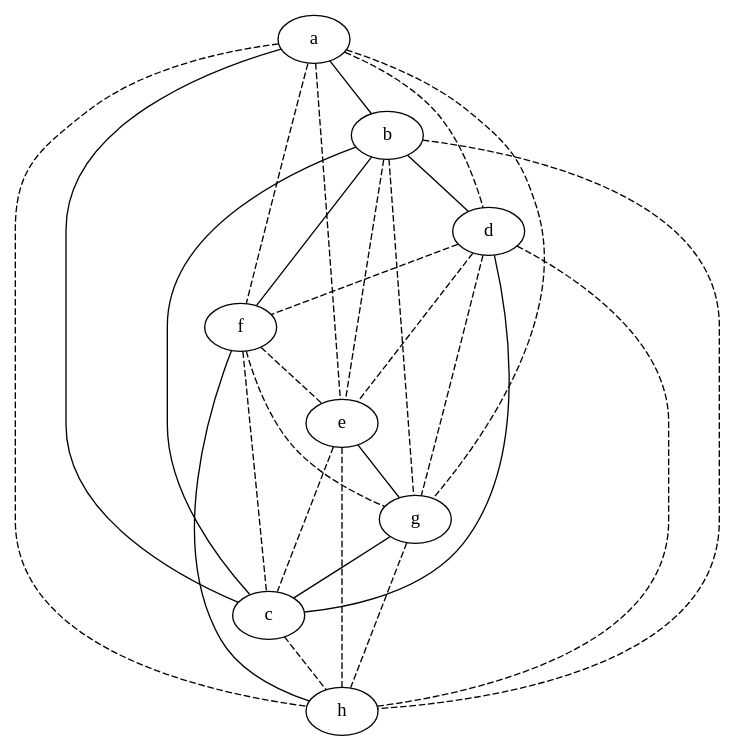
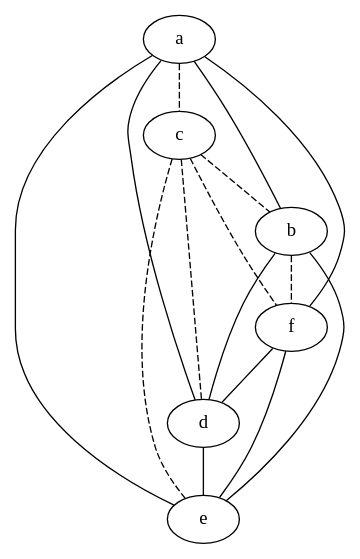
Before and after one commit to lrodrin/TFG: the diagram in src/final/plainGraph.dot, drawn with Graphviz. The commit also changed 9 other files, not shown here.

Commit message:
en la inicialització dels grafs s'ha colocat una condició per  acontrolar els nodes repetits, funció addNodes de Graph.py.

```diff
--- a/src/final/plainGraph.dot
+++ b/src/final/plainGraph.dot
@@ -1,38 +1,23 @@
 strict graph "" {
 a;
+c;
 b;
+f;
 d;
-f;
 e;
-g;
-c;
-h;
+a -- c  [color=black, style=dashed];
 a -- b  [color=black, style=solid];
-a -- d  [color=black, style=dashed];
-a -- f  [color=black, style=dashed];
-a -- e  [color=black, style=dashed];
-a -- g  [color=black, style=dashed];
-a -- c  [color=black, style=solid];
-a -- h  [color=black, style=dashed];
+a -- f  [color=black, style=solid];
+a -- d  [color=black, style=solid];
+a -- e  [color=black, style=solid];
+c -- b  [color=black, style=dashed];
+c -- f  [color=black, style=dashed];
+c -- d  [color=black, style=dashed];
+c -- e  [color=black, style=dashed];
+b -- f  [color=black, style=dashed];
 b -- d  [color=black, style=solid];
-b -- f  [color=black, style=solid];
-b -- e  [color=black, style=dashed];
-b -- g  [color=black, style=dashed];
-b -- c  [color=black, style=solid];
-b -- h  [color=black, style=dashed];
-d -- f  [color=black, style=dashed];
-d -- e  [color=black, style=dashed];
-d -- g  [color=black, style=dashed];
-d -- c  [color=black, style=solid];
-d -- h  [color=black, style=dashed];
-f -- e  [color=black, style=dashed];
-f -- g  [color=black, style=dashed];
-f -- c  [color=black, style=dashed];
-f -- h  [color=black, style=solid];
-e -- g  [color=black, style=solid];
-e -- c  [color=black, style=dashed];
-e -- h  [color=black, style=dashed];
-g -- c  [color=black, style=solid];
-g -- h  [color=black, style=dashed];
-c -- h  [color=black, style=dashed];
+b -- e  [color=black, style=solid];
+f -- d  [color=black, style=solid];
+f -- e  [color=black, style=solid];
+d -- e  [color=black, style=solid];
 }
```
